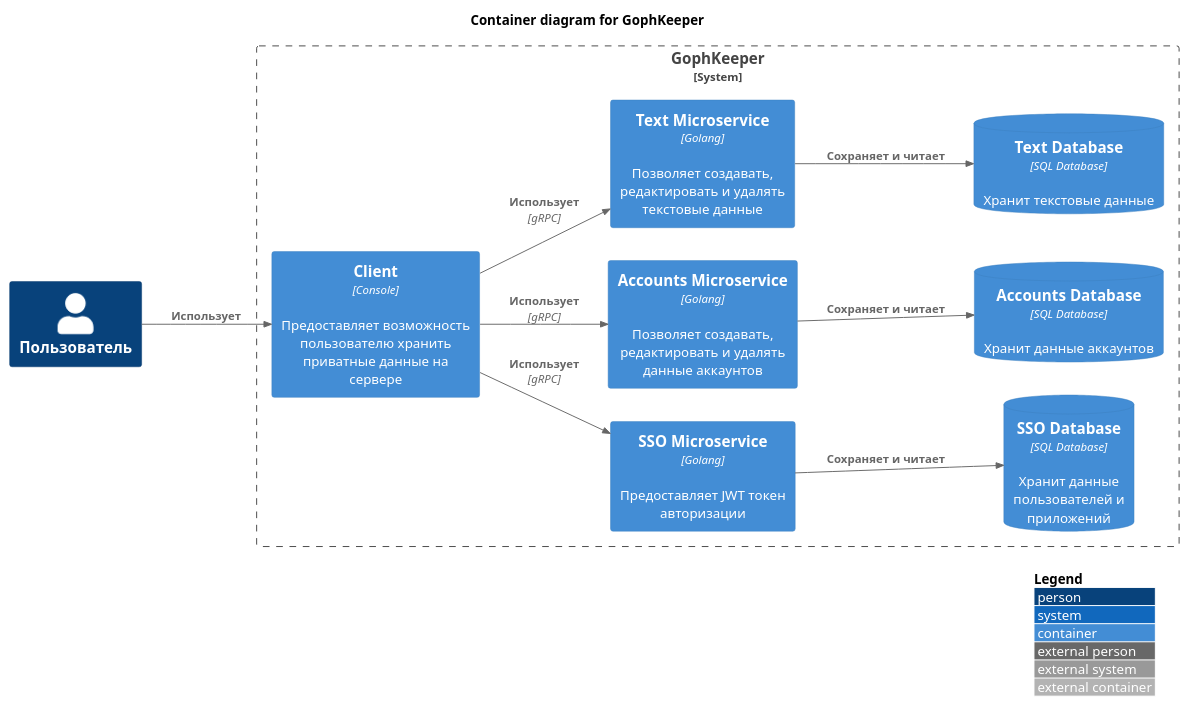
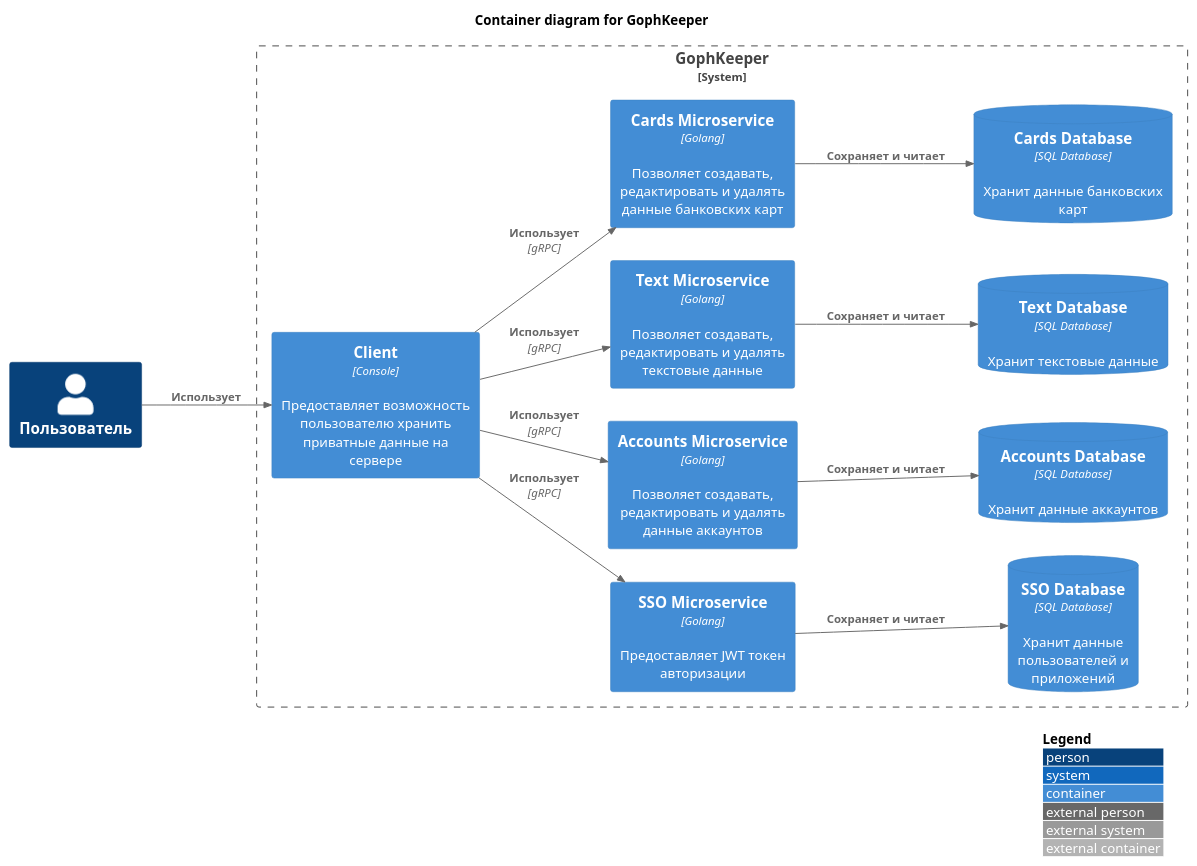
The diagram in docs/containers.puml (slavkluev/gophkeeper), drawn with PlantUML before and after one commit. The commit also changed 1 other file, not shown here.

Commit message:
Add cards microservice

```diff
--- a/docs/containers.puml
+++ b/docs/containers.puml
@@ -1,30 +1,34 @@
 @startuml
 !include https://raw.githubusercontent.com/plantuml-stdlib/C4-PlantUML/master/C4_Container.puml
 
 LAYOUT_WITH_LEGEND()
 LAYOUT_LANDSCAPE()
 
 title Container diagram for GophKeeper
 
 Person(user, "Пользователь")
 
 System_Boundary(c1, "GophKeeper") {
     Container(console_app, "Client", "Console", "Предоставляет возможность пользователю хранить приватные данные на сервере")
     Container(sso_microservice, "SSO Microservice", "Golang", "Предоставляет JWT токен авторизации")
     Container(accounts_microservice, "Accounts Microservice", "Golang", "Позволяет создавать, редактировать и удалять данные аккаунтов")
     Container(text_microservice, "Text Microservice", "Golang", "Позволяет создавать, редактировать и удалять текстовые данные")
+    Container(cards_microservice, "Cards Microservice", "Golang", "Позволяет создавать, редактировать и удалять данные банковских карт")
     ContainerDb(sso_database, "SSO Database", "SQL Database", "Хранит данные пользователей и приложений")
     ContainerDb(accounts_database, "Accounts Database", "SQL Database", "Хранит данные аккаунтов")
     ContainerDb(text_database, "Text Database", "SQL Database", "Хранит текстовые данные")
+    ContainerDb(cards_database, "Cards Database", "SQL Database", "Хранит данные банковских карт")
 }
 
 Rel(user, console_app, "Использует")
 
 Rel(console_app, sso_microservice, "Использует", "gRPC")
 Rel(console_app, accounts_microservice, "Использует", "gRPC")
 Rel(console_app, text_microservice, "Использует", "gRPC")
+Rel(console_app, cards_microservice, "Использует", "gRPC")
 
 Rel(sso_microservice, "sso_database", "Сохраняет и читает")
 Rel(accounts_microservice, "accounts_database", "Сохраняет и читает")
 Rel(text_microservice, "text_database", "Сохраняет и читает")
+Rel(cards_microservice, "cards_database", "Сохраняет и читает")
 @enduml
```
